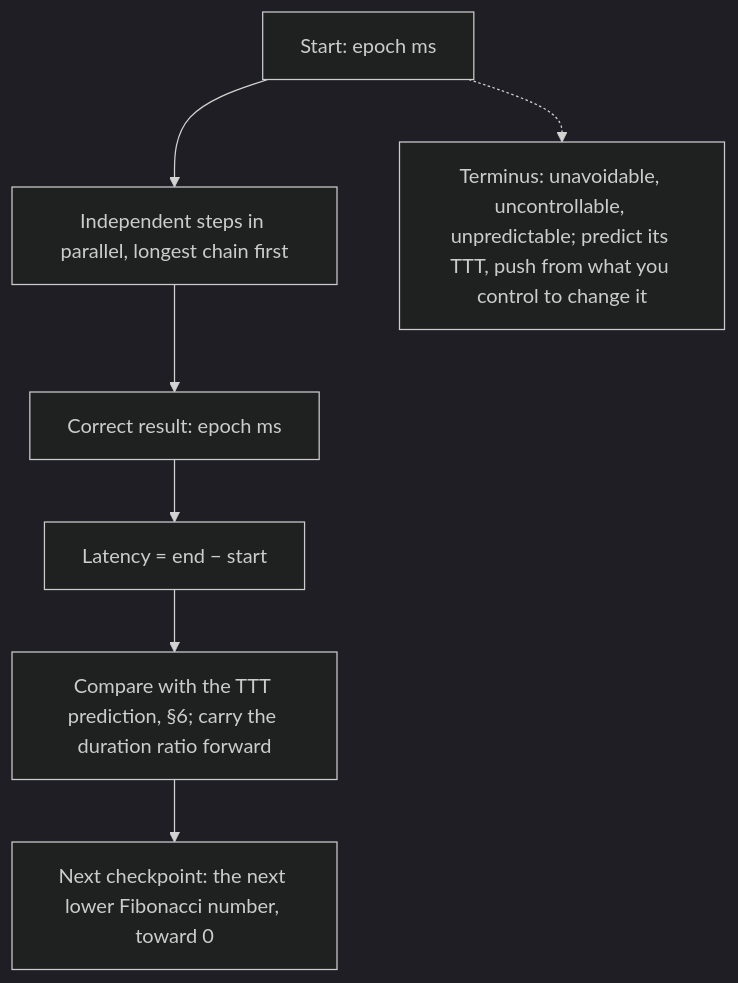
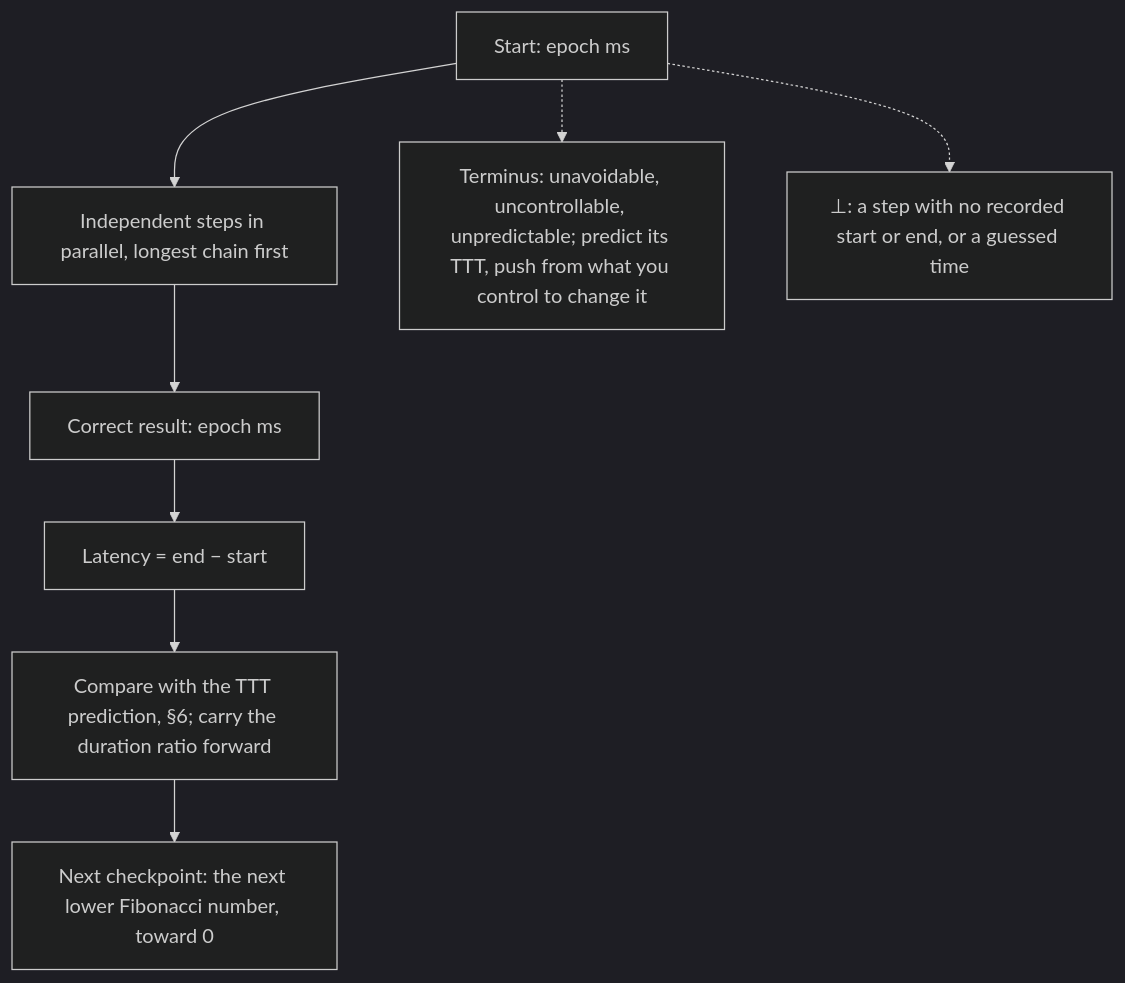
Before and after one commit to SolenixAI/arbiter: the eighth of 14 diagrams in AGENTS.md, drawn with Mermaid (dark theme). The commit also changed other lines of this file, not shown here.

````diff
--- a/AGENTS.md
+++ b/AGENTS.md
@@ -359,6 +383,7 @@
 ```mermaid
 flowchart TD
   S["Start: epoch ms"] --> P["Independent steps in parallel, longest chain first"] --> R["Correct result: epoch ms"] --> L["Latency = end − start"]
   L --> C["Compare with the TTT prediction, §6; carry the duration ratio forward"] --> FB["Next checkpoint: the next lower Fibonacci number, toward 0"]
   S -.-> TM["Terminus: unavoidable, uncontrollable, unpredictable; predict its TTT, push from what you control to change it"]
+  S -.-> BOT["⊥: a step with no recorded start or end, or a guessed time"]
 ```
````
